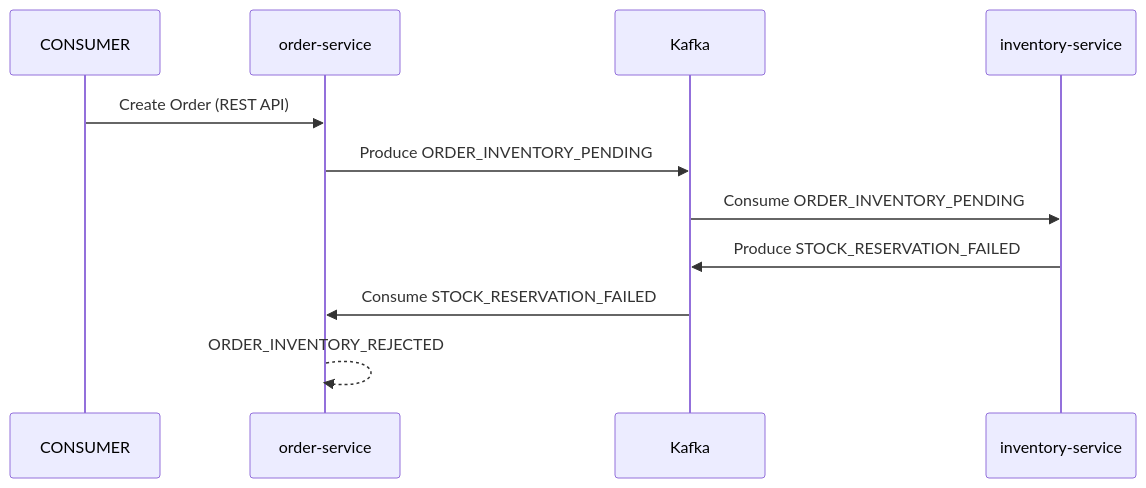
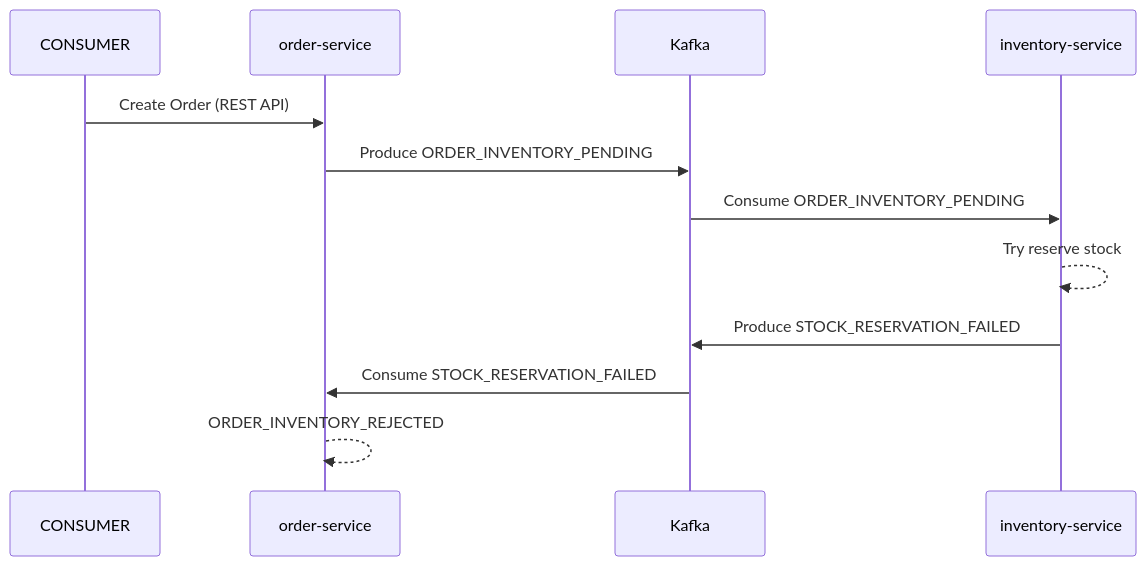
Before and after one commit to sevketbuyukdemir/microservices: the third of 7 diagrams in documents/FLOWS.md, drawn with Mermaid. The commit also changed other lines of this file and 11 other files, not shown here.

````diff
--- a/documents/FLOWS.md
+++ b/documents/FLOWS.md
@@ -48,14 +52,15 @@
 ```mermaid
 sequenceDiagram
     participant C as CONSUMER
     participant OS as order-service
     participant K as Kafka
     participant IS as inventory-service
 
     C->>OS: Create Order (REST API)
     OS->>K: Produce ORDER_INVENTORY_PENDING
     K->>IS: Consume ORDER_INVENTORY_PENDING
+    IS-->>IS: Try reserve stock
     IS->>K: Produce STOCK_RESERVATION_FAILED
     K->>OS: Consume STOCK_RESERVATION_FAILED
     OS-->>OS: ORDER_INVENTORY_REJECTED
 ```
````
